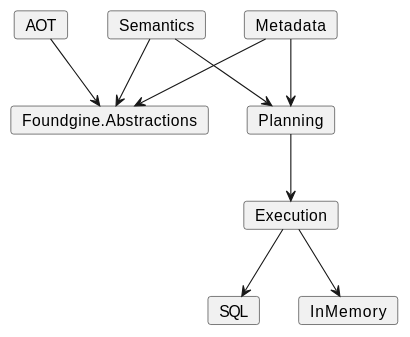
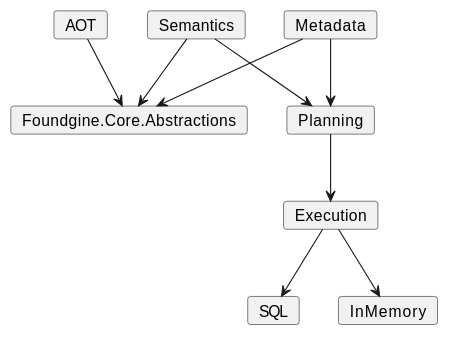
Before and after one commit to CristianBarragan/CoffeeBean: diagram 16 of 18 in docs/ARCHITECTURE.md, drawn with PlantUML. The commit also changed other lines of this file and 1325 other files, not shown here.

````diff
--- a/docs/ARCHITECTURE.md
+++ b/docs/ARCHITECTURE.md
@@ -452,20 +452,20 @@
 ```plantuml
 @startuml
-card "Foundgine.Abstractions" as Abstractions
+card "Foundgine.Core.Abstractions" as Abstractions
 card Metadata
 card Semantics
 card AOT
 card Planning
 card Execution
 card SQL
 card InMemory
 Metadata --> Abstractions
 Semantics --> Abstractions
 AOT --> Abstractions
 Metadata --> Planning
 Semantics --> Planning
 Planning --> Execution
 Execution --> SQL
 Execution --> InMemory
 @enduml
 ```
````
